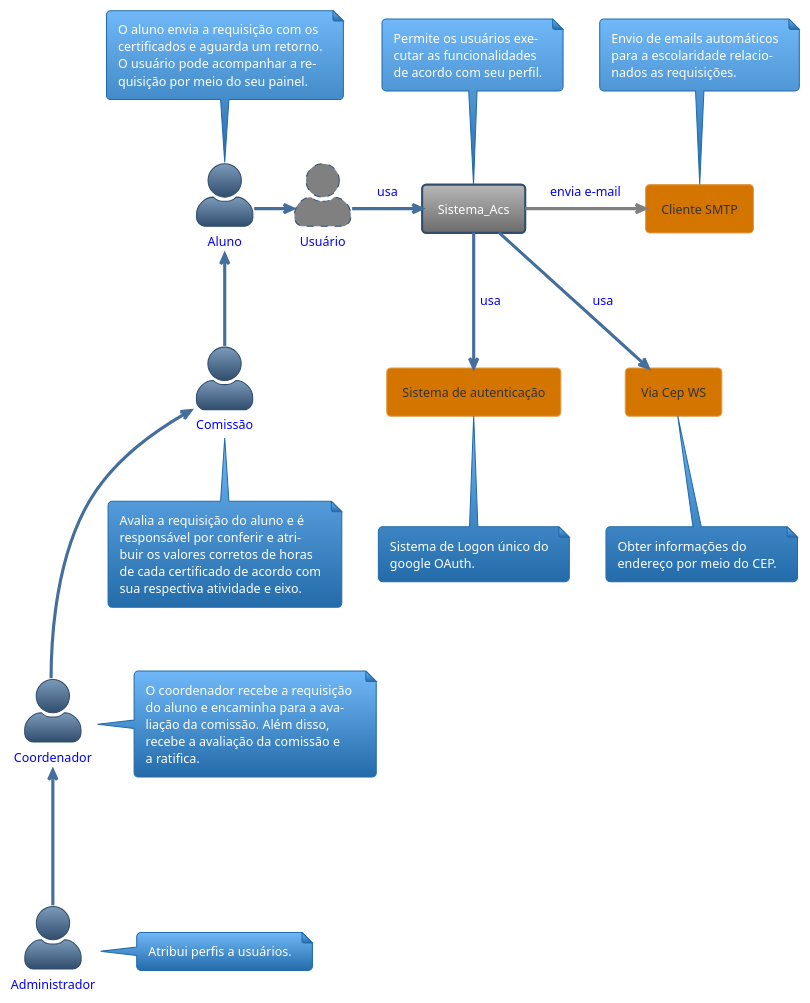
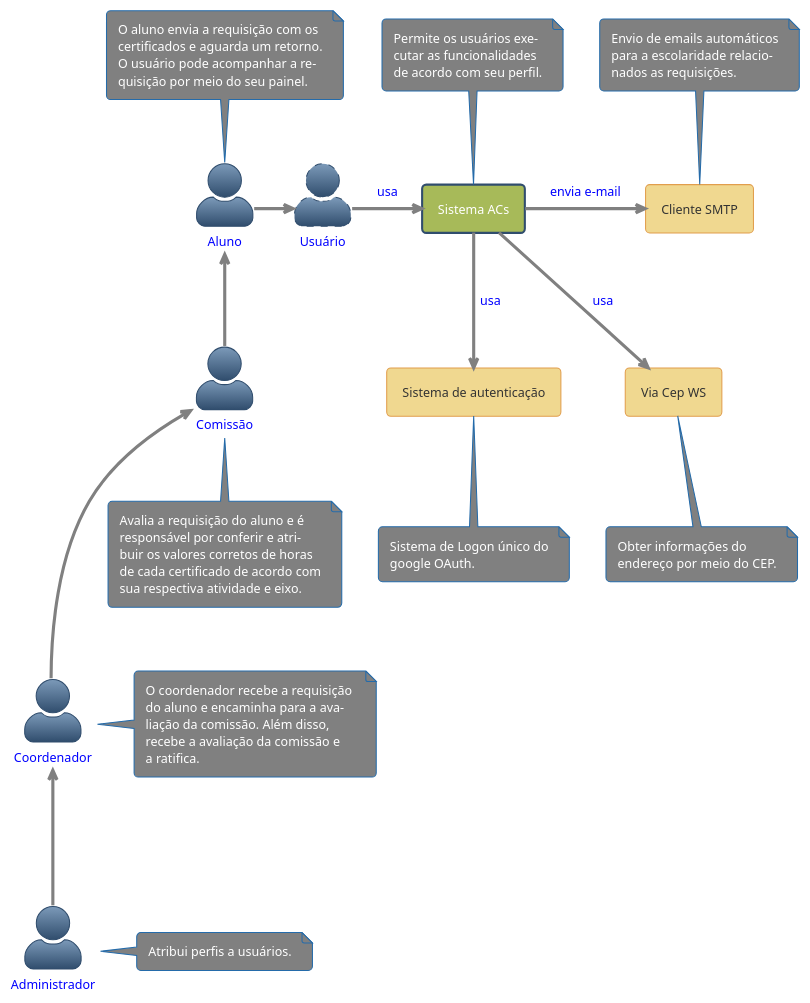
The diagram in sistema-docs/src/2. Níveis/2.1 Contexto - C1/diagrama-c1.puml (kvojps/sistema-acs), drawn with PlantUML before and after one commit. The commit also changed 2 other files, not shown here.

Commit message:
padronizando cores dos diagramas c1 ao c3

```diff
--- a/sistema-docs/src/2. Níveis/2.1 Contexto - C1/diagrama-c1.puml
+++ b/sistema-docs/src/2. Níveis/2.1 Contexto - C1/diagrama-c1.puml
@@ -1,74 +1,74 @@
 @startuml Diagrama c1 - contexto
 !theme spacelab
 skinparam actorStyle awesome
 
-actor Usuário #gray;line.dashed;text:blue
+actor Usuário #line.dashed;text:blue
 actor Aluno #text:blue
 actor Comissão #text:blue
 actor Coordenador #text:blue
 actor Administrador #text:blue
 
-note top of Aluno
+note top of Aluno #Gray
     O aluno envia a requisição com os
     certificados e aguarda um retorno.
     O usuário pode acompanhar a re- 
     quisição por meio do seu painel.
 end note
 
-note right of Coordenador
+note right of Coordenador #Gray
     O coordenador recebe a requisição 
     do aluno e encaminha para a ava-
     liação da comissão. Além disso, 
     recebe a avaliação da comissão e
     a ratifica.
 end note
 
-note bottom of Comissão
+note bottom of Comissão #Gray
     Avalia a requisição do aluno e é 
     responsável por conferir e atri-
     buir os valores corretos de horas
     de cada certificado de acordo com
     sua respectiva atividade e eixo.
 end note
 
-note right of Administrador
+note right of Administrador #Gray
     Atribui perfis a usuários.
 end note
 
-Aluno  -right-> Usuário
-Comissão -up-> Aluno
-Coordenador -up--> Comissão
-Administrador -up--> Coordenador
+Aluno  -right-> Usuário #line:gray;
+Comissão -up-> Aluno #line:gray;
+Coordenador -up--> Comissão #line:gray;
+Administrador -up--> Coordenador #line:gray;
 
-rectangle Sistema_Acs
+rectangle Sistema_Acs as "Sistema ACs" #a7ba59
 
-note top of Sistema_Acs
+note top of Sistema_Acs #Gray
     Permite os usuários exe-
     cutar as funcionalidades
     de acordo com seu perfil.
 end note
 
-agent Cliente_SMTP as "Cliente SMTP"
-note top of Cliente_SMTP
+agent Cliente_SMTP as "Cliente SMTP" #f0d890
+note top of Cliente_SMTP #Gray
     Envio de emails automáticos
     para a escolaridade relacio-
     nados as requisições.
 end note
 
-agent OAuth2 as "Sistema de autenticação"
-note bottom of OAuth2
+agent OAuth2 as "Sistema de autenticação" #f0d890
+note bottom of OAuth2 #Gray
     Sistema de Logon único do
     google OAuth.
 end note
 
-Agent ViaCep as "Via Cep WS"
-note bottom of ViaCep
+Agent ViaCep as "Via Cep WS" #f0d890
+note bottom of ViaCep #Gray
     Obter informações do 
     endereço por meio do CEP.
 end note
 
-Usuário -right-> Sistema_Acs #text:blue : usa
+Usuário -right-> Sistema_Acs #line:gray;text:blue : usa
 Sistema_Acs -right-> Cliente_SMTP #line:gray;text:blue : envia e-mail
-Sistema_Acs -down-> OAuth2 #text:blue : usa
-Sistema_Acs -down-> ViaCep #text:blue : usa
+Sistema_Acs -down-> OAuth2 #line:gray;text:blue : usa
+Sistema_Acs -down-> ViaCep #line:gray;text:blue : usa
 @enduml
```
